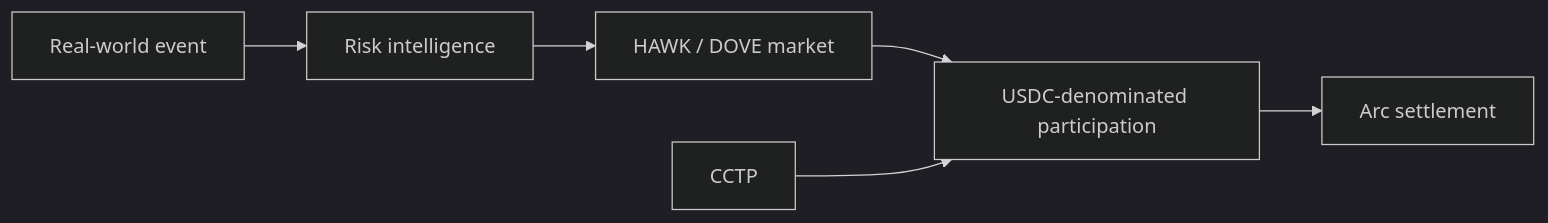
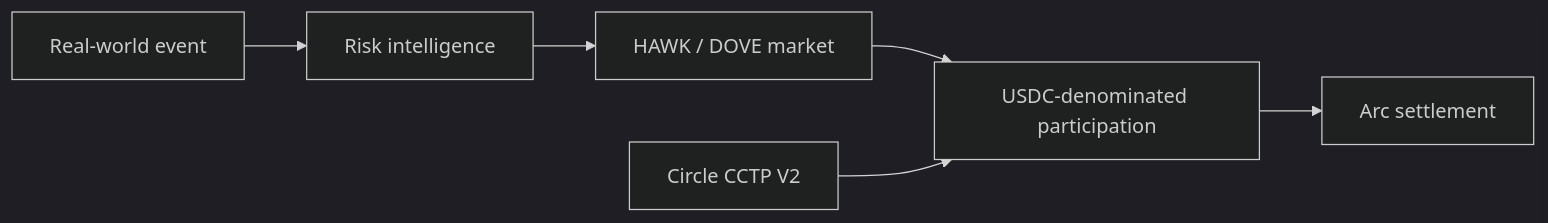
The tenth of 10 diagrams in README.md (blocknine0/geomacro), drawn with Mermaid (dark theme) before and after one commit. The commit also changed other lines of this file, not shown here.

Commit message:
align README with current V1 V2 architecture

````diff
--- a/README.md
+++ b/README.md
@@ -690,8 +974,8 @@
 ```mermaid
 graph LR;
     EVENT["Real-world event"] --> INTEL["Risk intelligence"];
     INTEL --> MARKET["HAWK / DOVE market"];
     MARKET --> USDC["USDC-denominated participation"];
-    CCTP["CCTP"] --> USDC;
+    CCTP["Circle CCTP V2"] --> USDC;
     USDC --> ARC["Arc settlement"];
 ```
````
